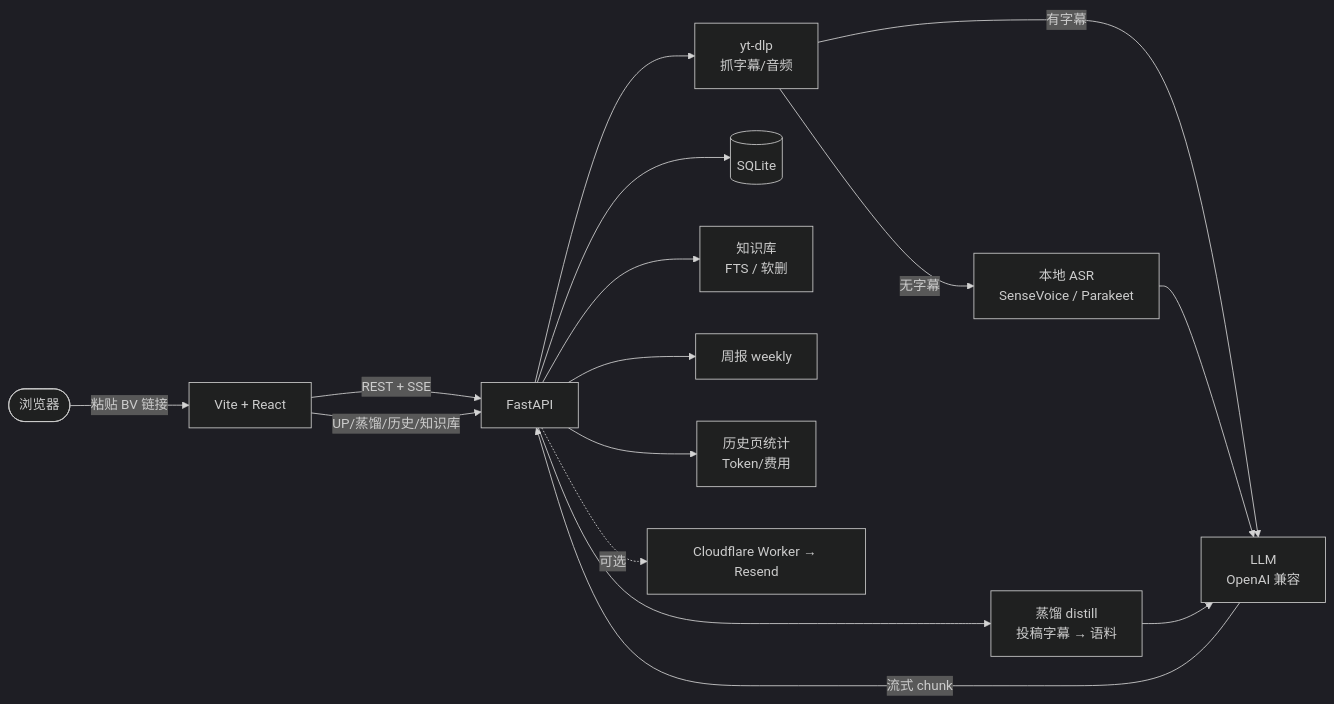
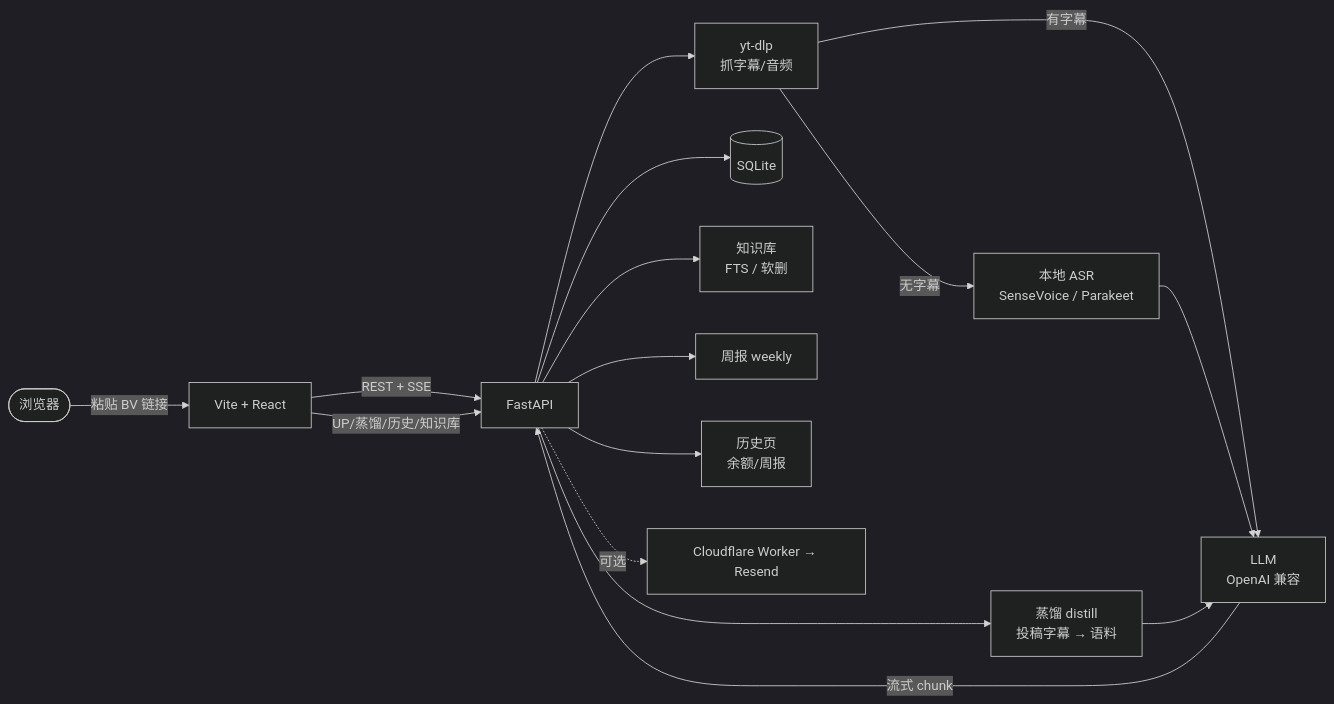
One commit to BazingaOrg/biri-youyaku changed the diagram in README.md. Above: the diagram before and after it, drawn with Mermaid (dark theme). The commit also changed other lines of this file and 10 other files, not shown here.

````diff
--- a/README.md
+++ b/README.md
@@ -126,18 +126,18 @@
 ```mermaid
 flowchart LR
     user([浏览器]) -->|粘贴 BV 链接| web[Vite + React]
     web -->|REST + SSE| api[FastAPI]
     web -->|UP/蒸馏/历史/知识库| api
     api --> ytdlp[yt-dlp<br/>抓字幕/音频]
     ytdlp -->|有字幕| llm
     ytdlp -->|无字幕| asr[本地 ASR<br/>SenseVoice / Parakeet]
     asr --> llm[LLM<br/>OpenAI 兼容]
     api --> distill[蒸馏 distill<br/>投稿字幕 → 语料]
     distill --> llm
     llm -->|流式 chunk| api
     api --> db[(SQLite)]
     api --> knowledge[知识库<br/>FTS / 软删]
     api --> weekly[周报 weekly]
-    api --> stats[历史页统计<br/>Token/费用]
+    api --> stats[历史页<br/>余额/周报]
     api -. 可选 .-> mail[Cloudflare Worker → Resend]
 ```
````
